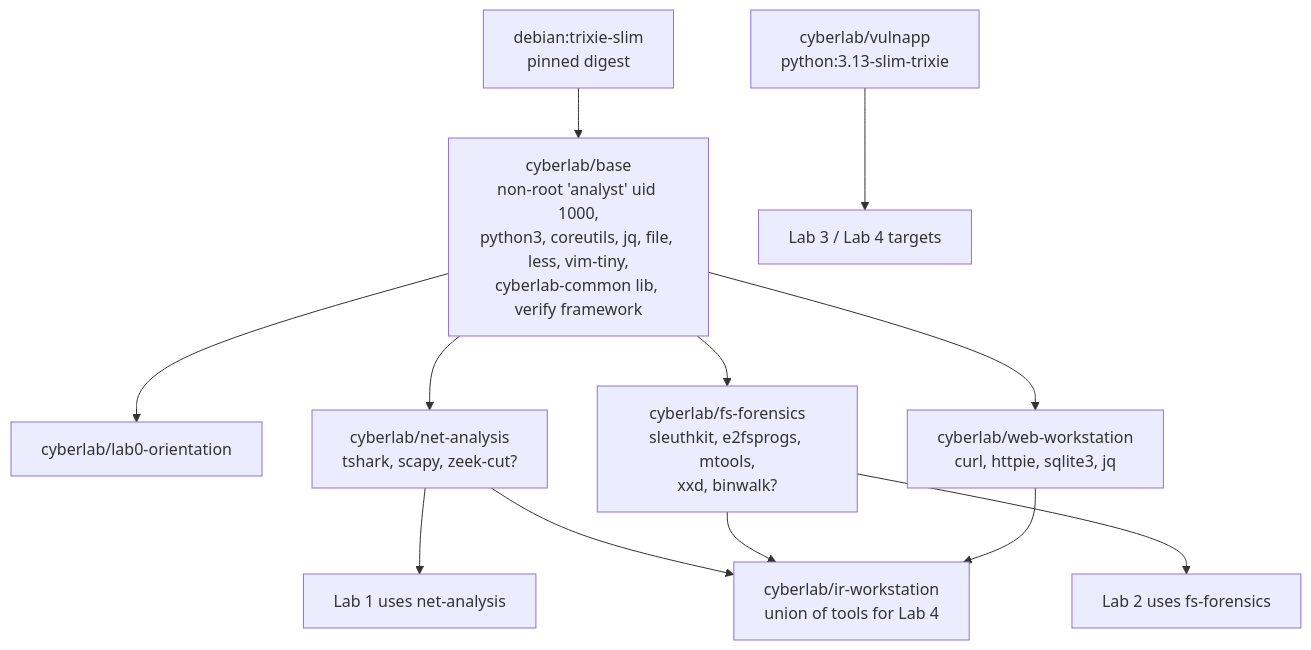
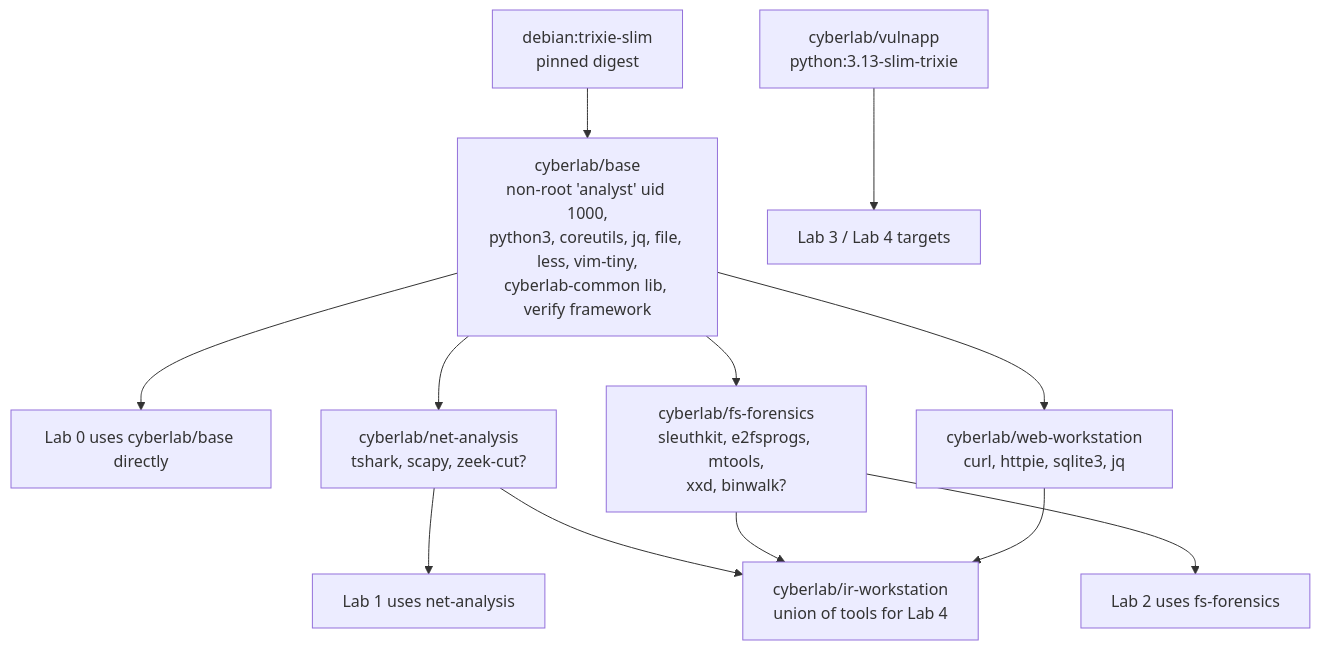
Before and after one commit to KernalGuard/cyberlab-platform: the second of 5 diagrams in docs/phase-1/02-architecture.md, drawn with Mermaid. The commit also changed 76 other files, not shown here.

````diff
--- a/docs/phase-1/02-architecture.md
+++ b/docs/phase-1/02-architecture.md
@@ -80,12 +80,12 @@
 ```mermaid
 flowchart TB
   D[debian:trixie-slim<br/>pinned digest] --> B[cyberlab/base<br/>non-root 'analyst' uid 1000,<br/>python3, coreutils, jq, file, less, vim-tiny,<br/>cyberlab-common lib, verify framework]
-  B --> L0[cyberlab/lab0-orientation]
+  B --> L0[Lab 0 uses cyberlab/base directly]
   B --> NET[cyberlab/net-analysis<br/>tshark, scapy, zeek-cut?]
   B --> FS[cyberlab/fs-forensics<br/>sleuthkit, e2fsprogs, mtools,<br/>xxd, binwalk?]
   B --> WEB[cyberlab/web-workstation<br/>curl, httpie, sqlite3, jq]
   NET --> L1[Lab 1 uses net-analysis]
   FS --> L2[Lab 2 uses fs-forensics]
   NET & FS & WEB --> IRW[cyberlab/ir-workstation<br/>union of tools for Lab 4]
   APP[cyberlab/vulnapp<br/>python:3.13-slim-trixie] --> L3[Lab 3 / Lab 4 targets]
 ```
````
